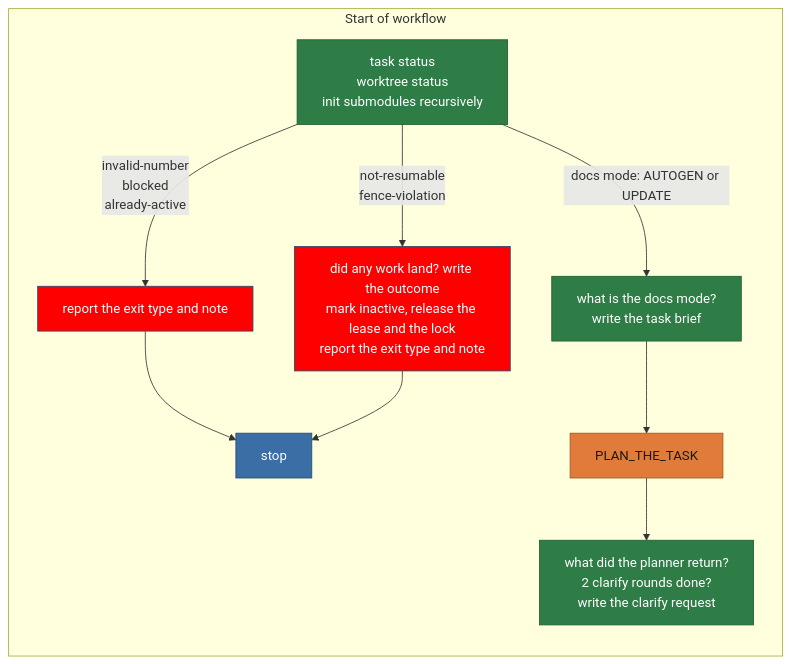
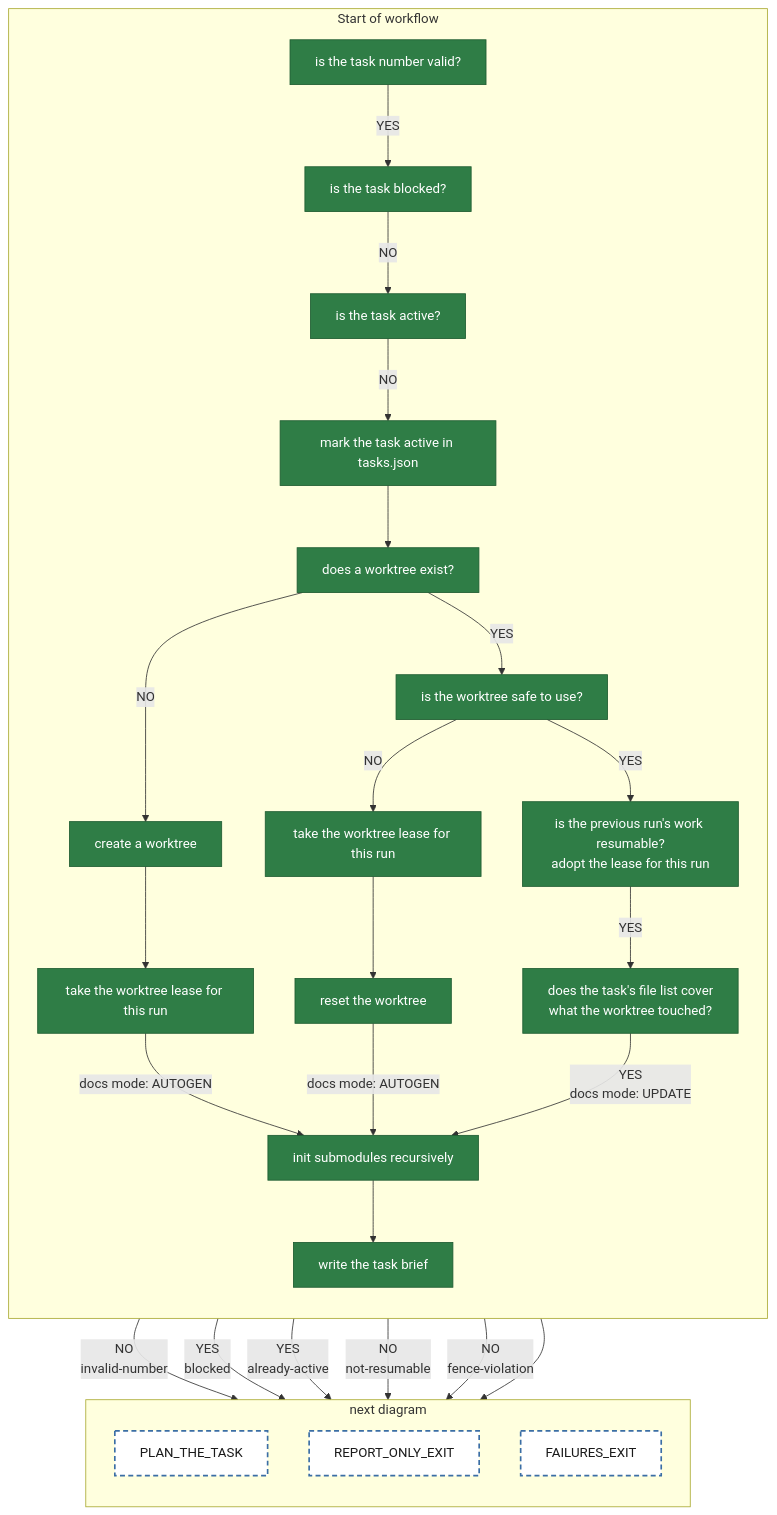
The diagram in diagrams/tackle-tasks/pipeline-preambleStatusCheck.mmd (matkatmusic/taskTools), drawn with Mermaid before and after one commit. The commit also changed 164 other files, not shown here.

```diff
--- a/diagrams/tackle-tasks/pipeline-preambleStatusCheck.mmd
+++ b/diagrams/tackle-tasks/pipeline-preambleStatusCheck.mmd
@@ -1,29 +1,57 @@
 flowchart TB
-%% One agent() call. /run-step starts at PREAMBLE_STATUS_CHECK; paths end at orange box or STOP; its answer feeds named diagram.
+%% One agent() call. /run-step starts at PREAMBLE_STATUS_CHECK. Every path ends at an orange block, a dashed block, or STOP.
 
   subgraph preambleStatusCheck ["Start of workflow"]
     direction TB
-    PREAMBLE_STATUS_CHECK["task status<br/>worktree status<br/>init submodules recursively"]
-    REPORT_ONLY_EXIT["report the exit type and note"]
-    STOP["stop"]
-    FAILURES_EXIT["did any work land? write the outcome<br/>mark inactive, release the lease and the lock<br/>report the exit type and note"]
-    DOCUMENT_GENERATION["what is the docs mode?<br/>write the task brief"]
+    PREAMBLE_STATUS_CHECK["is the task number valid?"]
+    IS_TASK_BLOCKED_Q["is the task blocked?"]
+    IS_TASK_ACTIVE_Q["is the task active?"]
+    MARK_TASK_ACTIVE["mark the task active in tasks.json"]
+    DOES_WORKTREE_EXIST_Q["does a worktree exist?"]
+    CREATE_WORKTREE["create a worktree"]
+    TAKE_WORKTREE_LEASE["take the worktree lease for this run"]
+    IS_WORKTREE_SAFE_TO_USE_Q["is the worktree safe to use?"]
+    TAKE_WORKTREE_LEASE_BEFORE_RESET["take the worktree lease for this run"]
+    RESET_WORKTREE["reset the worktree"]
+    IS_PREVIOUS_RUN_RESUMABLE_Q["is the previous run's work resumable?<br/>adopt the lease for this run"]
+    DOES_FENCE_COVER_WORKTREE_Q["does the task's file list cover<br/>what the worktree touched?"]
+    INIT_SUBMODULES_RECURSIVELY["init submodules recursively"]
+    DOCUMENT_GENERATION["write the task brief"]
+  end
+  subgraph preambleStatusCheckNext ["next diagram"]
+    direction TB
     PLAN_THE_TASK["PLAN_THE_TASK"]
-    WHAT_DID_THE_PLANNER_RETURN["what did the planner return?<br/>2 clarify rounds done?<br/>write the clarify request"]
+    REPORT_ONLY_EXIT["REPORT_ONLY_EXIT"]
+    FAILURES_EXIT["FAILURES_EXIT"]
   end
-  PREAMBLE_STATUS_CHECK -- "invalid-number<br/>blocked<br/>already-active" --> REPORT_ONLY_EXIT
-  REPORT_ONLY_EXIT --> STOP
-  FAILURES_EXIT --> STOP
-  PREAMBLE_STATUS_CHECK -- "not-resumable<br/>fence-violation" --> FAILURES_EXIT
-  PREAMBLE_STATUS_CHECK -- "docs mode: AUTOGEN or UPDATE" --> DOCUMENT_GENERATION
+  preambleStatusCheck ~~~ preambleStatusCheckNext
+
+  PREAMBLE_STATUS_CHECK -- "NO<br/>invalid-number" --> REPORT_ONLY_EXIT
+  PREAMBLE_STATUS_CHECK -- "YES" --> IS_TASK_BLOCKED_Q
+  IS_TASK_BLOCKED_Q -- "YES<br/>blocked" --> REPORT_ONLY_EXIT
+  IS_TASK_BLOCKED_Q -- "NO" --> IS_TASK_ACTIVE_Q
+  IS_TASK_ACTIVE_Q -- "YES<br/>already-active" --> REPORT_ONLY_EXIT
+  IS_TASK_ACTIVE_Q -- "NO" --> MARK_TASK_ACTIVE
+  MARK_TASK_ACTIVE --> DOES_WORKTREE_EXIST_Q
+  DOES_WORKTREE_EXIST_Q -- "NO" --> CREATE_WORKTREE
+  CREATE_WORKTREE --> TAKE_WORKTREE_LEASE
+  TAKE_WORKTREE_LEASE -- "docs mode: AUTOGEN" --> INIT_SUBMODULES_RECURSIVELY
+  DOES_WORKTREE_EXIST_Q -- "YES" --> IS_WORKTREE_SAFE_TO_USE_Q
+  IS_WORKTREE_SAFE_TO_USE_Q -- "NO" --> TAKE_WORKTREE_LEASE_BEFORE_RESET
+  TAKE_WORKTREE_LEASE_BEFORE_RESET --> RESET_WORKTREE
+  RESET_WORKTREE -- "docs mode: AUTOGEN" --> INIT_SUBMODULES_RECURSIVELY
+  IS_WORKTREE_SAFE_TO_USE_Q -- "YES" --> IS_PREVIOUS_RUN_RESUMABLE_Q
+  IS_PREVIOUS_RUN_RESUMABLE_Q -- "NO<br/>not-resumable" --> FAILURES_EXIT
+  IS_PREVIOUS_RUN_RESUMABLE_Q -- "YES" --> DOES_FENCE_COVER_WORKTREE_Q
+  DOES_FENCE_COVER_WORKTREE_Q -- "NO<br/>fence-violation" --> FAILURES_EXIT
+  DOES_FENCE_COVER_WORKTREE_Q -- "YES<br/>docs mode: UPDATE" --> INIT_SUBMODULES_RECURSIVELY
+  INIT_SUBMODULES_RECURSIVELY --> DOCUMENT_GENERATION
   DOCUMENT_GENERATION --> PLAN_THE_TASK
-  PLAN_THE_TASK --> WHAT_DID_THE_PLANNER_RETURN
 
   classDef script fill:#2f7d46,stroke:#1e5c31,color:#ffffff
   classDef returns_a_prompt fill:#e07b39,stroke:#a8541f,color:#1a1a1a
   classDef fail fill:red,stroke:#254a70,color:#ffffff
   classDef output fill:#3b6ea5,stroke:#254a70,color:#ffffff
-  class PREAMBLE_STATUS_CHECK,DOCUMENT_GENERATION,WHAT_DID_THE_PLANNER_RETURN script
-  class PLAN_THE_TASK returns_a_prompt
-  class REPORT_ONLY_EXIT,FAILURES_EXIT fail
-  class STOP output
+  classDef next_diagram fill:#ffffff,stroke:#3b6ea5,stroke-width:2px,stroke-dasharray:6 4,color:#1a1a1a
+  class PREAMBLE_STATUS_CHECK,IS_TASK_BLOCKED_Q,IS_TASK_ACTIVE_Q,MARK_TASK_ACTIVE,DOES_WORKTREE_EXIST_Q,CREATE_WORKTREE,TAKE_WORKTREE_LEASE,IS_WORKTREE_SAFE_TO_USE_Q,TAKE_WORKTREE_LEASE_BEFORE_RESET,RESET_WORKTREE,IS_PREVIOUS_RUN_RESUMABLE_Q,DOES_FENCE_COVER_WORKTREE_Q,INIT_SUBMODULES_RECURSIVELY,DOCUMENT_GENERATION script
+  class PLAN_THE_TASK,REPORT_ONLY_EXIT,FAILURES_EXIT next_diagram
```
